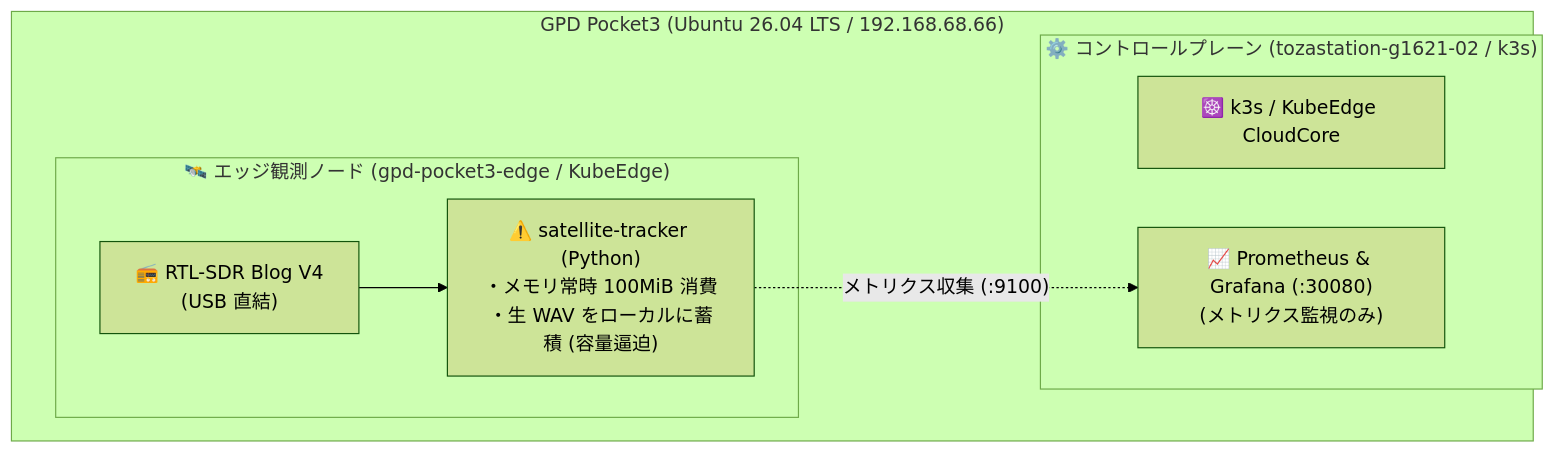
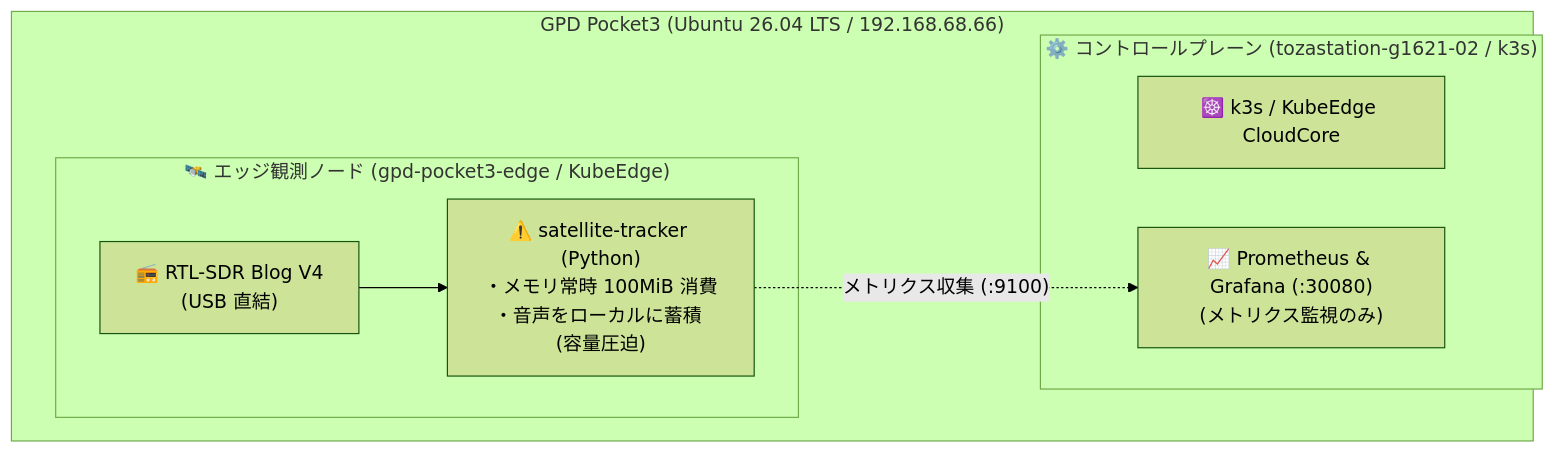
The first of 2 diagrams in docs/articles/qiita_kubeedge_pipeline.md (tozastation/radio-astronomy), drawn with Mermaid (forest theme) before and after one commit. The commit also changed other lines of this file, not shown here.

````diff
--- a/docs/articles/qiita_kubeedge_pipeline.md
+++ b/docs/articles/qiita_kubeedge_pipeline.md
@@ -69,15 +69,15 @@
 ```mermaid
 flowchart TB
     subgraph Host["GPD Pocket3 (Ubuntu 26.04 LTS / 192.168.68.66)"]
         subgraph EdgeSide["🛰️ エッジ観測ノード (gpd-pocket3-edge / KubeEdge)"]
             RTLSDR["📻 RTL-SDR Blog V4<br/>(USB 直結)"]
-            TrackerOld["⚠️ satellite-tracker (Python)<br/>・メモリ常時 100MiB 消費<br/>・生 WAV をローカルに蓄積 (容量逼迫)"]
+            TrackerOld["⚠️ satellite-tracker (Python)<br/>・メモリ常時 100MiB 消費<br/>・音声をローカルに蓄積 (容量圧迫)"]
             RTLSDR --> TrackerOld
         end
         subgraph CloudSide["⚙️ コントロールプレーン (tozastation-g1621-02 / k3s)"]
             K3S["☸️ k3s / KubeEdge CloudCore"]
             Prometheus["📈 Prometheus & Grafana (:30080)<br/>(メトリクス監視のみ)"]
             TrackerOld -.->|"メトリクス収集 (:9100)"| Prometheus
         end
     end
 ```
````
